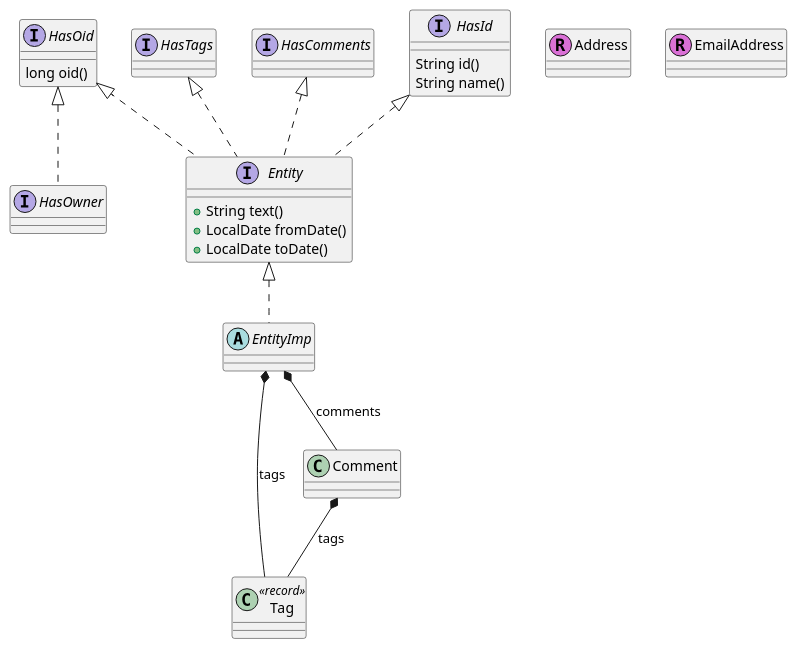
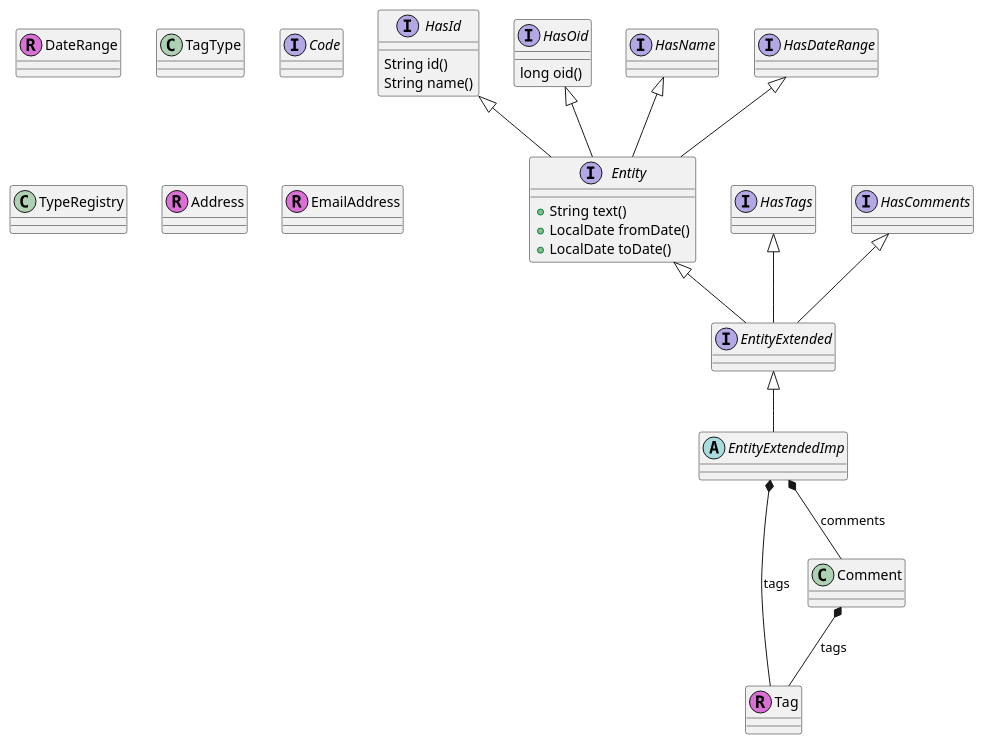
The second of 3 diagrams in net.tangly.core/src/site/models.adoc (tangly-team/tangly-os), drawn with PlantUML before and after one commit. The commit also changed other lines of this file and 53 other files, not shown here.

```diff
--- a/net.tangly.core/src/site/models.adoc
+++ b/net.tangly.core/src/site/models.adoc
@@ -79,51 +79,67 @@
 [plantuml,bus-core-uml,svg]
 ....
 @startuml
 
 interface HasId {
     String id()
     String name()
 }
 
 interface HasOid {
     long oid()
 }
 
+interface HasName {
+}
+
+class DateRange << (R,orchid) >> {}
+
+interface HasDateRange {}
+
+class Tag {}
+class TagType{}
+
 interface HasTags {}
 
+class Comment {}
+
+interface Code {}
+
+class TypeRegistry {}
+
 interface HasComments {}
-
-interface HasOwner {}
-
-HasOid <|.. HasOwner
 
 interface Entity {
     + String text()
     + LocalDate fromDate()
     + LocalDate toDate()
 }
 
-HasOid <|.. Entity
-HasId <|.. Entity
-HasTags <|.. Entity
-HasComments <|.. Entity
+HasOid <|-- Entity
+HasId <|-- Entity
+HasName <|-- Entity
+HasDateRange <|-- Entity
 
-abstract class EntityImp {}
+interface EntityExtended {}
+Entity <|-- EntityExtended
+HasTags <|-- EntityExtended
+HasComments <|-- EntityExtended
 
-EntityImp *-- Tag : tags
-EntityImp *-- Comment : comments
+abstract class EntityExtendedImp {}
 
-Entity <|.. EntityImp
+EntityExtended <|-- EntityExtendedImp
+EntityExtendedImp *-- Tag : tags
+EntityExtendedImp *-- Comment : comments
 
 class Address << (R,orchid) >>
 
-class Tag <<record>>
+class Tag << (R,orchid) >>
 
 class Comment {}
 
 Comment *-- Tag : tags
 
 class EmailAddress << (R,orchid) >>
 
 @enduml
 ....
```
